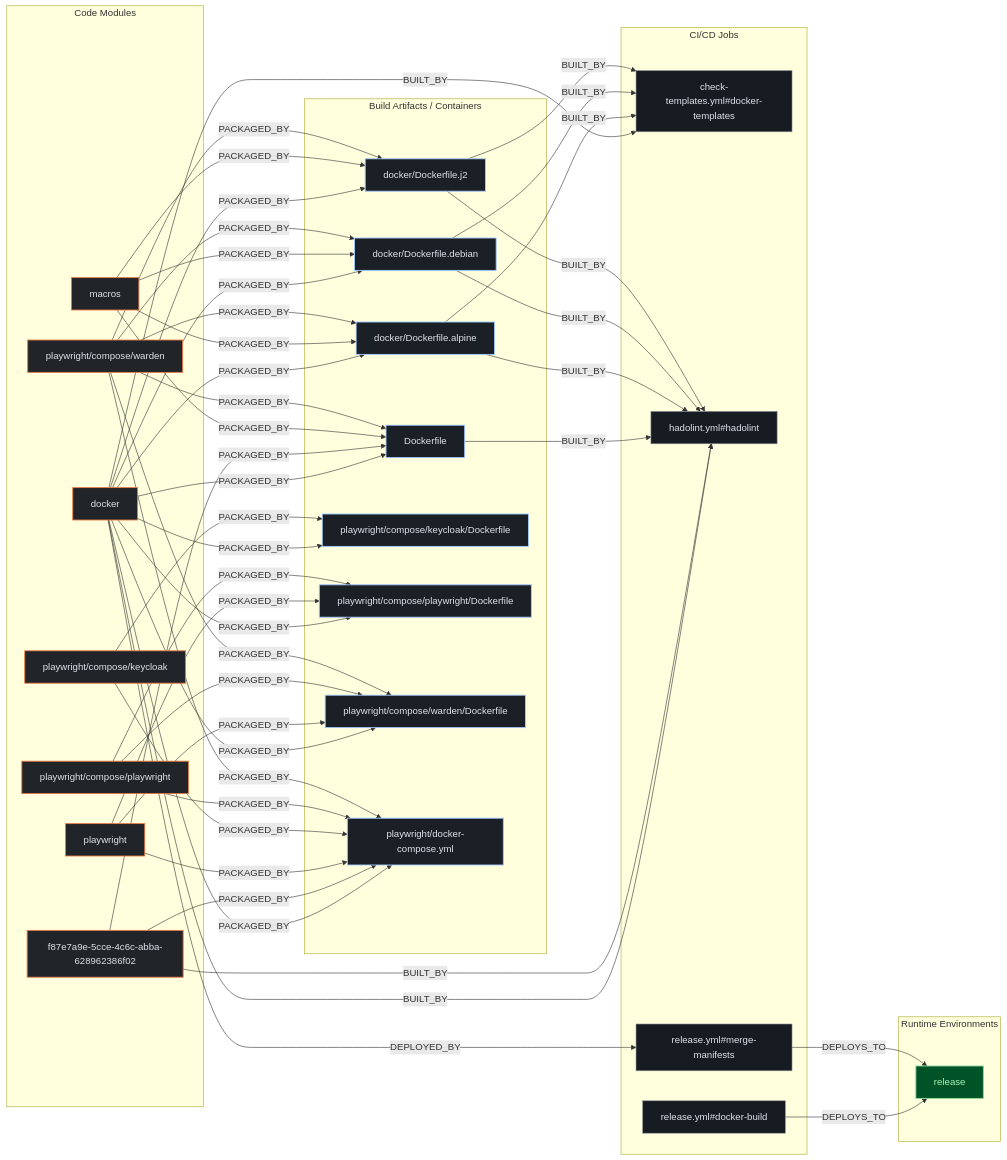
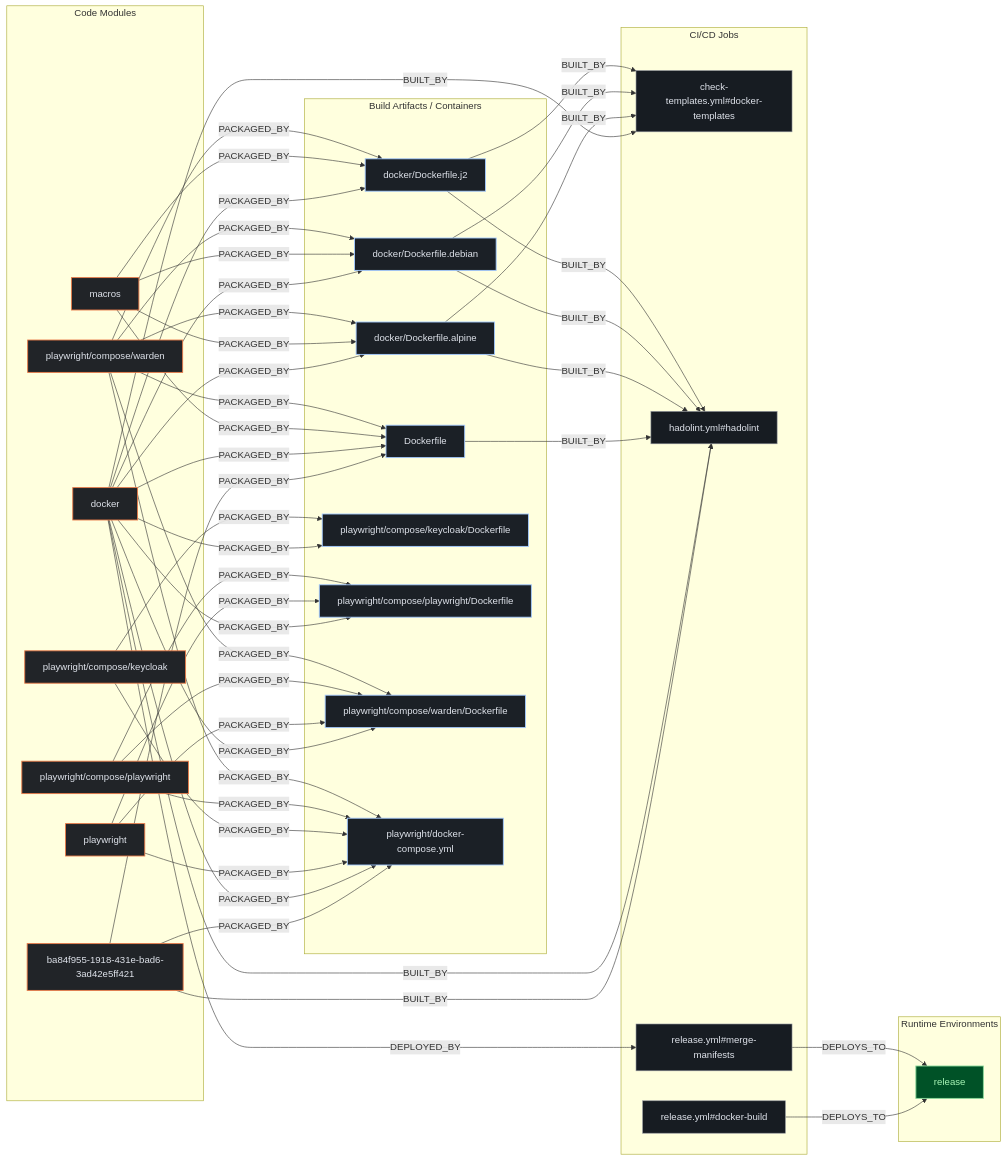
One commit to kumarshaz/atruss-code-atlas changed the second of 3 diagrams in exports/latest/reports/dani-garcia-vaultwarden-report.md. Above: the diagram before and after it, drawn with Mermaid. The commit also changed other lines of this file and 1613 other files, not shown here.

````diff
--- a/exports/latest/reports/dani-garcia-vaultwarden-report.md
+++ b/exports/latest/reports/dani-garcia-vaultwarden-report.md
@@ -209,76 +252,77 @@
 ```mermaid
 flowchart LR
+    %% title: Code-to-Cloud Deployment Traceability
     classDef atlasCategory fill:#212428,stroke:#E87A48,stroke-width:1.5px,color:#dfe3eb
     classDef atlasWorkflow fill:#1b2026,stroke:#a3c9ff,stroke-width:1.5px,color:#dfe3eb
     classDef atlasJob fill:#171c22,stroke:#8d9199,stroke-width:1px,color:#dfe3eb
     classDef atlasTarget fill:#005227,stroke:#8bd99b,stroke-width:1.5px,color:#a7f6b6
     subgraph code_modules["Code Modules"]
+        mod_ba84f955_1918_431e_bad6_3ad42e5ff421["ba84f955-1918-431e-bad6-3ad42e5ff421"]:::atlasCategory
         mod_docker["docker"]:::atlasCategory
-        mod_f87e7a9e_5cce_4c6c_abba_628962386f02["f87e7a9e-5cce-4c6c-abba-628962386f02"]:::atlasCategory
         mod_macros["macros"]:::atlasCategory
         mod_playwright["playwright"]:::atlasCategory
         mod_playwright_compose_keycloak["playwright/compose/keycloak"]:::atlasCategory
         mod_playwright_compose_playwright["playwright/compose/playwright"]:::atlasCategory
         mod_playwright_compose_warden["playwright/compose/warden"]:::atlasCategory
     end
     subgraph build_artifacts["Build Artifacts / Containers"]
         art_Dockerfile["Dockerfile"]:::atlasWorkflow
         art_docker_Dockerfile_alpine["docker/Dockerfile.alpine"]:::atlasWorkflow
         art_docker_Dockerfile_debian["docker/Dockerfile.debian"]:::atlasWorkflow
         art_docker_Dockerfile_j2["docker/Dockerfile.j2"]:::atlasWorkflow
         art_playwright_compose_keycloak_Dockerfile["playwright/compose/keycloak/Dockerfile"]:::atlasWorkflow
         art_playwright_compose_playwright_Dockerfile["playwright/compose/playwright/Dockerfile"]:::atlasWorkflow
         art_playwright_compose_warden_Dockerfile["playwright/compose/warden/Dockerfile"]:::atlasWorkflow
         art_playwright_docker_compose_yml["playwright/docker-compose.yml"]:::atlasWorkflow
     end
     subgraph ci_jobs["CI/CD Jobs"]
         job_check_templates_yml_docker_templates["check-templates.yml#docker-templates"]:::atlasJob
         job_hadolint_yml_hadolint["hadolint.yml#hadolint"]:::atlasJob
         job_release_yml_docker_build["release.yml#docker-build"]:::atlasJob
         job_release_yml_merge_manifests["release.yml#merge-manifests"]:::atlasJob
     end
     subgraph runtime_envs["Runtime Environments"]
         env_release["release"]:::atlasTarget
     end
     job_release_yml_docker_build -->|DEPLOYS_TO| env_release
     job_release_yml_merge_manifests -->|DEPLOYS_TO| env_release
+    mod_ba84f955_1918_431e_bad6_3ad42e5ff421 -->|BUILT_BY| job_hadolint_yml_hadolint
+    mod_ba84f955_1918_431e_bad6_3ad42e5ff421 -->|PACKAGED_BY| art_Dockerfile
+    mod_ba84f955_1918_431e_bad6_3ad42e5ff421 -->|PACKAGED_BY| art_playwright_docker_compose_yml
     mod_docker -->|BUILT_BY| job_check_templates_yml_docker_templates
     mod_docker -->|BUILT_BY| job_hadolint_yml_hadolint
     mod_docker -->|DEPLOYED_BY| job_release_yml_merge_manifests
     mod_docker -->|PACKAGED_BY| art_Dockerfile
     mod_docker -->|PACKAGED_BY| art_docker_Dockerfile_alpine
     mod_docker -->|PACKAGED_BY| art_docker_Dockerfile_debian
     mod_docker -->|PACKAGED_BY| art_docker_Dockerfile_j2
     mod_docker -->|PACKAGED_BY| art_playwright_compose_keycloak_Dockerfile
     mod_docker -->|PACKAGED_BY| art_playwright_compose_playwright_Dockerfile
     mod_docker -->|PACKAGED_BY| art_playwright_compose_warden_Dockerfile
     mod_docker -->|PACKAGED_BY| art_playwright_docker_compose_yml
-    mod_f87e7a9e_5cce_4c6c_abba_628962386f02 -->|BUILT_BY| job_hadolint_yml_hadolint
-    mod_f87e7a9e_5cce_4c6c_abba_628962386f02 -->|PACKAGED_BY| art_Dockerfile
-    mod_f87e7a9e_5cce_4c6c_abba_628962386f02 -->|PACKAGED_BY| art_playwright_docker_compose_yml
     mod_macros -->|PACKAGED_BY| art_Dockerfile
     mod_macros -->|PACKAGED_BY| art_docker_Dockerfile_alpine
     mod_macros -->|PACKAGED_BY| art_docker_Dockerfile_debian
     mod_macros -->|PACKAGED_BY| art_docker_Dockerfile_j2
     mod_playwright -->|PACKAGED_BY| art_playwright_compose_playwright_Dockerfile
     mod_playwright -->|PACKAGED_BY| art_playwright_compose_warden_Dockerfile
     mod_playwright -->|PACKAGED_BY| art_playwright_docker_compose_yml
     mod_playwright_compose_keycloak -->|PACKAGED_BY| art_playwright_compose_keycloak_Dockerfile
     mod_playwright_compose_keycloak -->|PACKAGED_BY| art_playwright_docker_compose_yml
     mod_playwright_compose_playwright -->|PACKAGED_BY| art_playwright_compose_playwright_Dockerfile
     mod_playwright_compose_playwright -->|PACKAGED_BY| art_playwright_compose_warden_Dockerfile
     mod_playwright_compose_playwright -->|PACKAGED_BY| art_playwright_docker_compose_yml
     mod_playwright_compose_warden -->|PACKAGED_BY| art_Dockerfile
     mod_playwright_compose_warden -->|PACKAGED_BY| art_docker_Dockerfile_alpine
     mod_playwright_compose_warden -->|PACKAGED_BY| art_docker_Dockerfile_debian
     mod_playwright_compose_warden -->|PACKAGED_BY| art_docker_Dockerfile_j2
     mod_playwright_compose_warden -->|PACKAGED_BY| art_playwright_compose_warden_Dockerfile
     mod_playwright_compose_warden -->|PACKAGED_BY| art_playwright_docker_compose_yml
     art_Dockerfile -->|BUILT_BY| job_hadolint_yml_hadolint
     art_docker_Dockerfile_alpine -->|BUILT_BY| job_check_templates_yml_docker_templates
     art_docker_Dockerfile_alpine -->|BUILT_BY| job_hadolint_yml_hadolint
     art_docker_Dockerfile_debian -->|BUILT_BY| job_check_templates_yml_docker_templates
     art_docker_Dockerfile_debian -->|BUILT_BY| job_hadolint_yml_hadolint
     art_docker_Dockerfile_j2 -->|BUILT_BY| job_check_templates_yml_docker_templates
     art_docker_Dockerfile_j2 -->|BUILT_BY| job_hadolint_yml_hadolint
 ```
````
